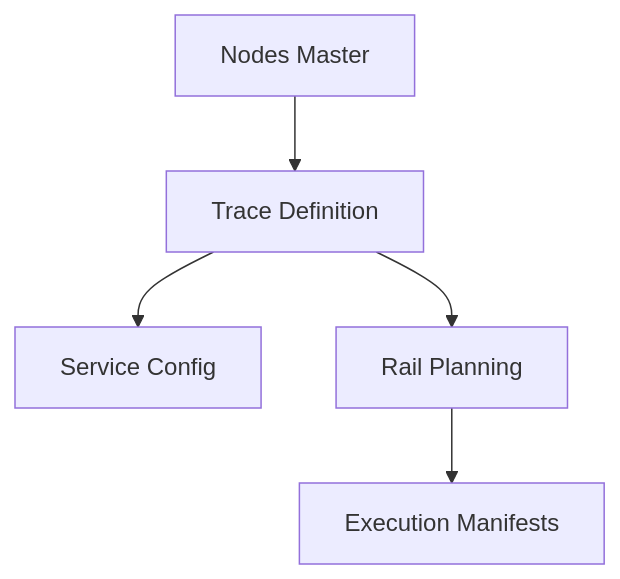
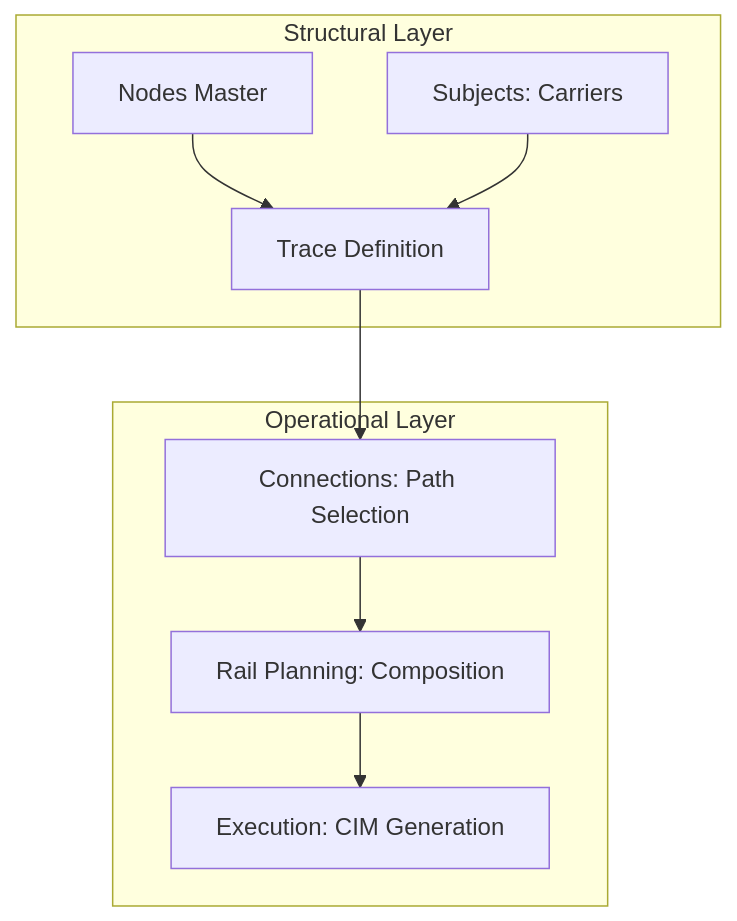
One commit to wavecentric/docs changed the diagram in magemo/modules/design/traces.mdx. Above: the diagram before and after it, drawn with Mermaid. The commit also changed other lines of this file and 12 other files, not shown here.

````diff
--- a/magemo/modules/design/traces.mdx
+++ b/magemo/modules/design/traces.mdx
@@ -49,7 +56,12 @@
 ```mermaid
 graph TD
-    N[Nodes Master] --> T[Trace Definition]
-    T --> S[Service Config]
-    T --> RP[Rail Planning]
-    RP --> EX[Execution Manifests]
+    subgraph "Structural Layer"
+        N[Nodes Master] --> T[Trace Definition]
+        SOG[Subjects: Carriers] --> T
+    end
+    subgraph "Operational Layer"
+        T --> CON[Connections: Path Selection]
+        CON --> RP[Rail Planning: Composition]
+        RP --> EXE[Execution: CIM Generation]
+    end
 ```
````
